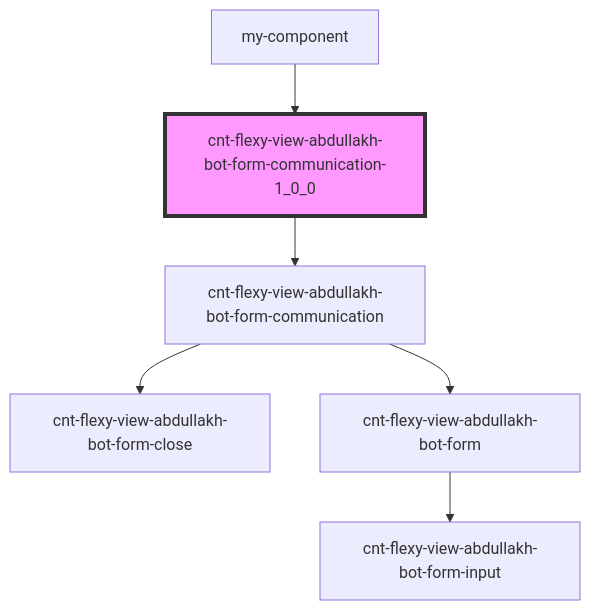
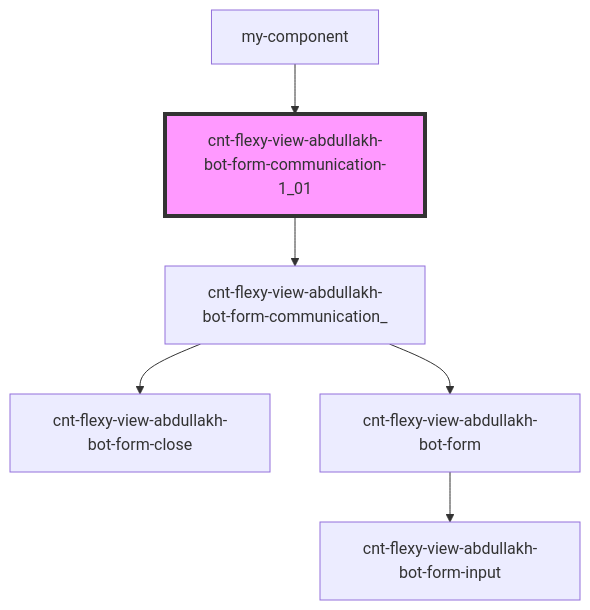
One commit to Wokh-Dada/botdevelopmentapp changed the diagram in src/components/cnt-flexy-view-abdullakh-bot-form-communication/readme.md. Above: the diagram before and after it, drawn with Mermaid. The commit also changed other lines of this file and 34 other files, not shown here.

````diff
--- a/src/components/cnt-flexy-view-abdullakh-bot-form-communication/readme.md
+++ b/src/components/cnt-flexy-view-abdullakh-bot-form-communication/readme.md
@@ -34,9 +34,9 @@
 ```mermaid
 graph TD;
-  cnt-flexy-view-abdullakh-bot-form-communication-1_0_0 --> cnt-flexy-view-abdullakh-bot-form-communication
-  cnt-flexy-view-abdullakh-bot-form-communication --> cnt-flexy-view-abdullakh-bot-form-close
-  cnt-flexy-view-abdullakh-bot-form-communication --> cnt-flexy-view-abdullakh-bot-form
+  cnt-flexy-view-abdullakh-bot-form-communication-1_01 --> cnt-flexy-view-abdullakh-bot-form-communication_
+  cnt-flexy-view-abdullakh-bot-form-communication_ --> cnt-flexy-view-abdullakh-bot-form-close
+  cnt-flexy-view-abdullakh-bot-form-communication_ --> cnt-flexy-view-abdullakh-bot-form
   cnt-flexy-view-abdullakh-bot-form --> cnt-flexy-view-abdullakh-bot-form-input
-  my-component --> cnt-flexy-view-abdullakh-bot-form-communication-1_0_0
-  style cnt-flexy-view-abdullakh-bot-form-communication-1_0_0 fill:#f9f,stroke:#333,stroke-width:4px
+  my-component --> cnt-flexy-view-abdullakh-bot-form-communication-1_01
+  style cnt-flexy-view-abdullakh-bot-form-communication-1_01 fill:#f9f,stroke:#333,stroke-width:4px
 ```
````
